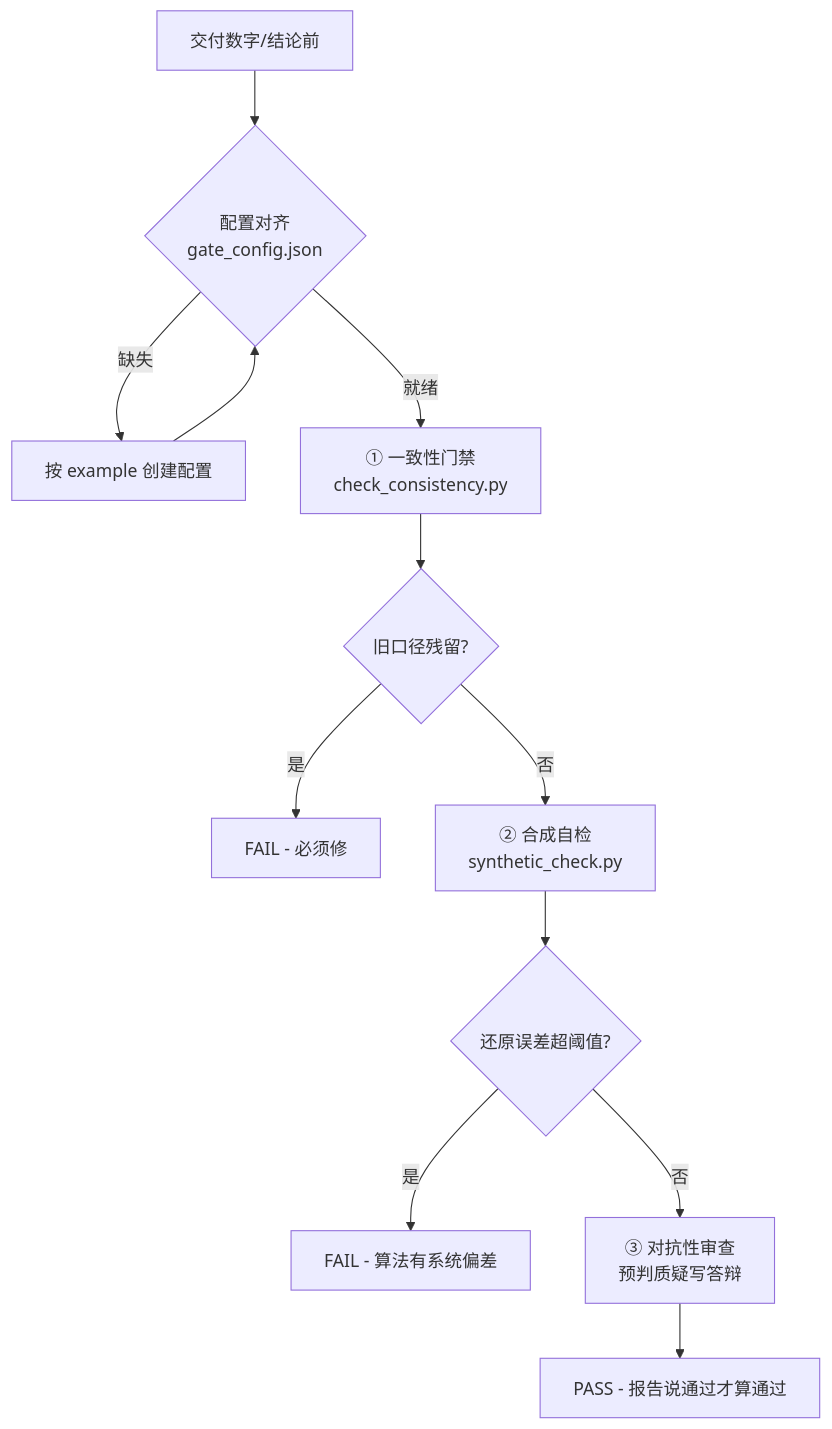
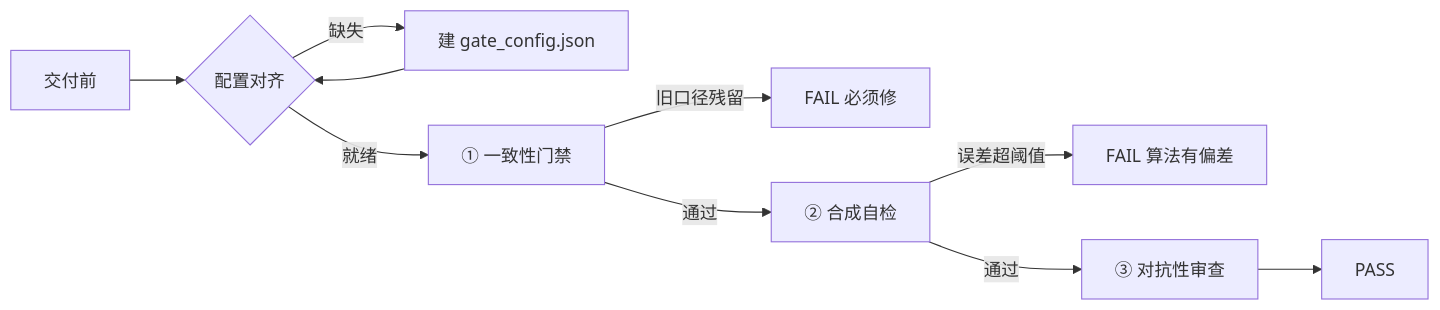
One commit to yuye05/verification-gate-review changed the diagram in README.md. Above: the diagram before and after it, drawn with Mermaid.

Commit message:
压缩工作流程图布局为横向紧凑版

````diff
--- a/README.md
+++ b/README.md
@@ -23,14 +23,12 @@
 ```mermaid
-flowchart TD
-    A[交付数字/结论前] --> B{配置对齐<br/>gate_config.json}
-    B -->|缺失| B1[按 example 创建配置]
+flowchart LR
+    A[交付前] --> B{配置对齐}
+    B -->|缺失| B1[建 gate_config.json]
     B1 --> B
-    B -->|就绪| C[① 一致性门禁<br/>check_consistency.py]
-    C --> C1{旧口径残留?}
-    C1 -->|是| FAIL1[FAIL - 必须修]
-    C1 -->|否| D[② 合成自检<br/>synthetic_check.py]
-    D --> D1{还原误差超阈值?}
-    D1 -->|是| FAIL2[FAIL - 算法有系统偏差]
-    D1 -->|否| E[③ 对抗性审查<br/>预判质疑写答辩]
-    E --> PASS[PASS - 报告说通过才算通过]
+    B -->|就绪| C[① 一致性门禁]
+    C -->|旧口径残留| F1[FAIL 必须修]
+    C -->|通过| D[② 合成自检]
+    D -->|误差超阈值| F2[FAIL 算法有偏差]
+    D -->|通过| E[③ 对抗性审查]
+    E --> P[PASS]
 ```
````
